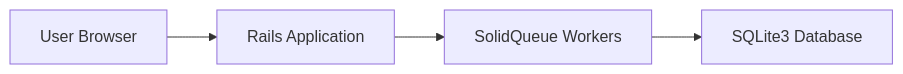
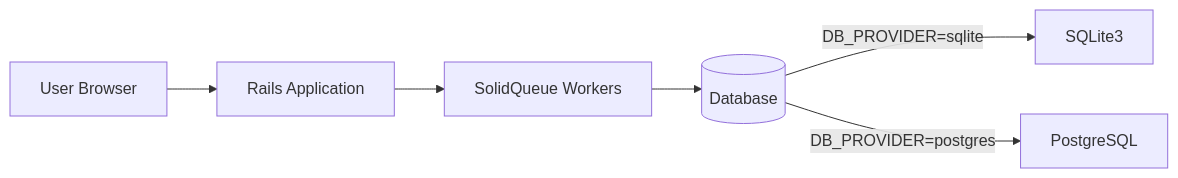
Before and after one commit to senbinil/up-timer: the diagram in README.md, drawn with Mermaid. The commit also changed other lines of this file and 3 other files, not shown here.

First line of the commit message:
docs: add adapter pattern docs, update readmes for PostgreSQL

````diff
--- a/README.md
+++ b/README.md
@@ -139,6 +145,8 @@
 ```mermaid
 flowchart LR
     Browser["User Browser"] --> App["Rails Application"]
     App --> Jobs["SolidQueue Workers"]
-    Jobs --> DB["SQLite3 Database"]
+    Jobs --> DB[("Database")]
+    DB -->|"DB_PROVIDER=sqlite"| SQLite["SQLite3"]
+    DB -->|"DB_PROVIDER=postgres"| PG["PostgreSQL"]
 ```
````
